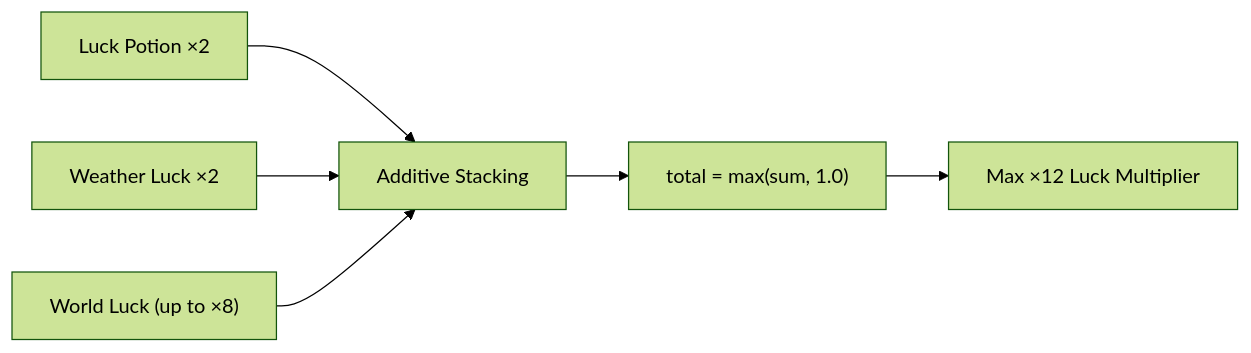
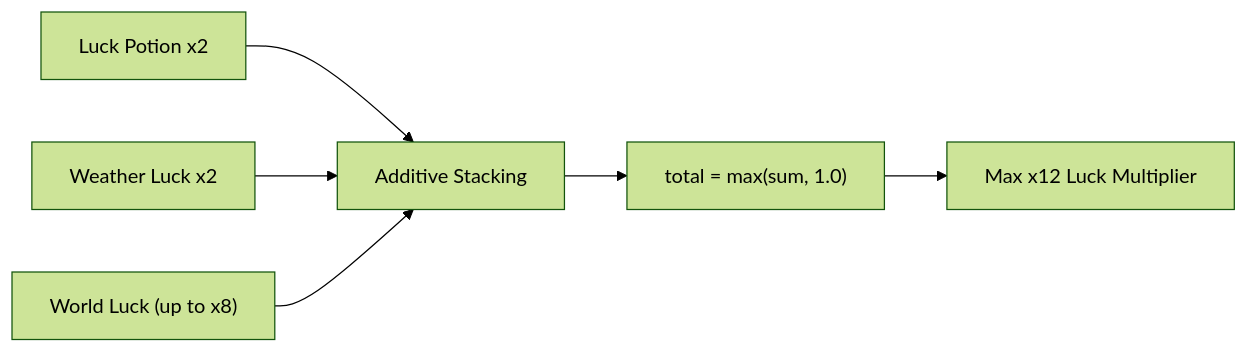
Before and after one commit to SeaLoong/Fish-Udon-Raw-Ilcode: the eighth of 12 diagrams in docs/gamedata-en.md, drawn with Mermaid (forest theme). The commit also changed other lines of this file and 7 other files, not shown here.

````diff
--- a/docs/gamedata-en.md
+++ b/docs/gamedata-en.md
@@ -391,8 +391,8 @@
 ```mermaid
 flowchart LR
-    A["Luck Potion ×2"] --> D["Additive Stacking"]
-    B["Weather Luck ×2"] --> D
-    C["World Luck (up to ×8)"] --> D
+    A["Luck Potion x2"] --> D["Additive Stacking"]
+    B["Weather Luck x2"] --> D
+    C["World Luck (up to x8)"] --> D
     D --> E["total = max(sum, 1.0)"]
-    E --> F["Max ×12 Luck Multiplier"]
+    E --> F["Max x12 Luck Multiplier"]
 ```
````
